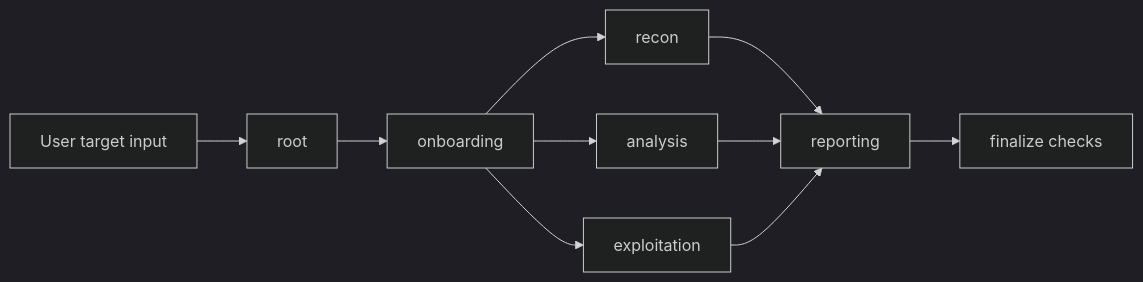
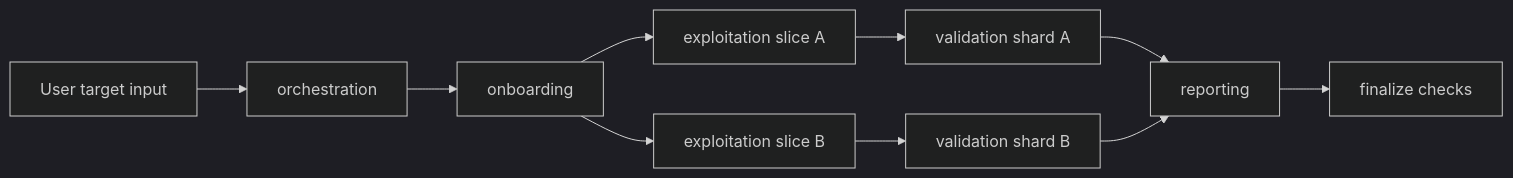
Before and after one commit to mkdirtim/FERR: the first of 4 diagrams in project-openhack.md, drawn with Mermaid (dark theme). The commit also changed other lines of this file and 18 other files, not shown here.

Commit message:
pentest: finalize orchestration/validation pipeline and agent contracts

````diff
--- a/project-openhack.md
+++ b/project-openhack.md
@@ -51,12 +50,12 @@
 ```mermaid
 flowchart LR
-  user["User target input"] --> root["root"]
-  root --> onb["onboarding"]
-  onb --> rec["recon"]
-  onb --> ana["analysis"]
-  onb --> exp["exploitation"]
-  rec --> rep["reporting"]
-  ana --> rep
-  exp --> rep
+  user["User target input"] --> orch["orchestration"]
+  orch --> onb["onboarding"]
+  onb --> exp1["exploitation slice A"]
+  onb --> exp2["exploitation slice B"]
+  exp1 --> val1["validation shard A"]
+  exp2 --> val2["validation shard B"]
+  val1 --> rep["reporting"]
+  val2 --> rep
   rep --> fin["finalize checks"]
 ```
````
